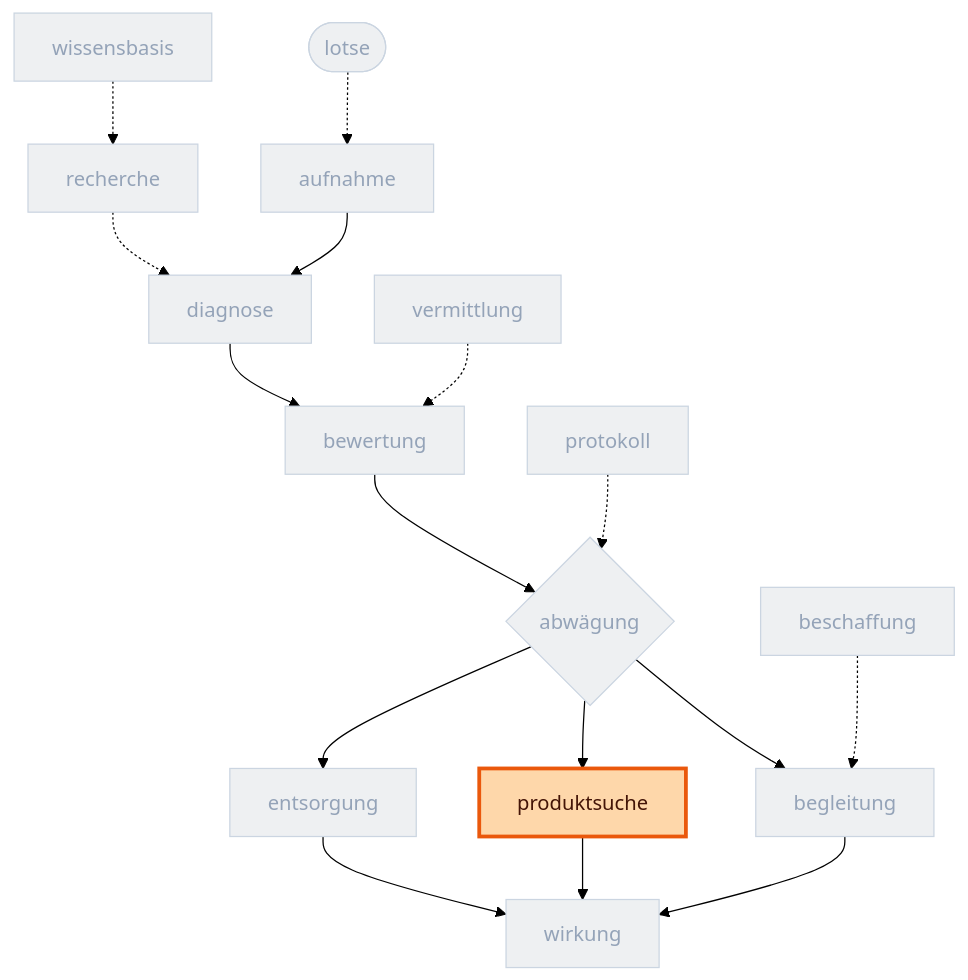
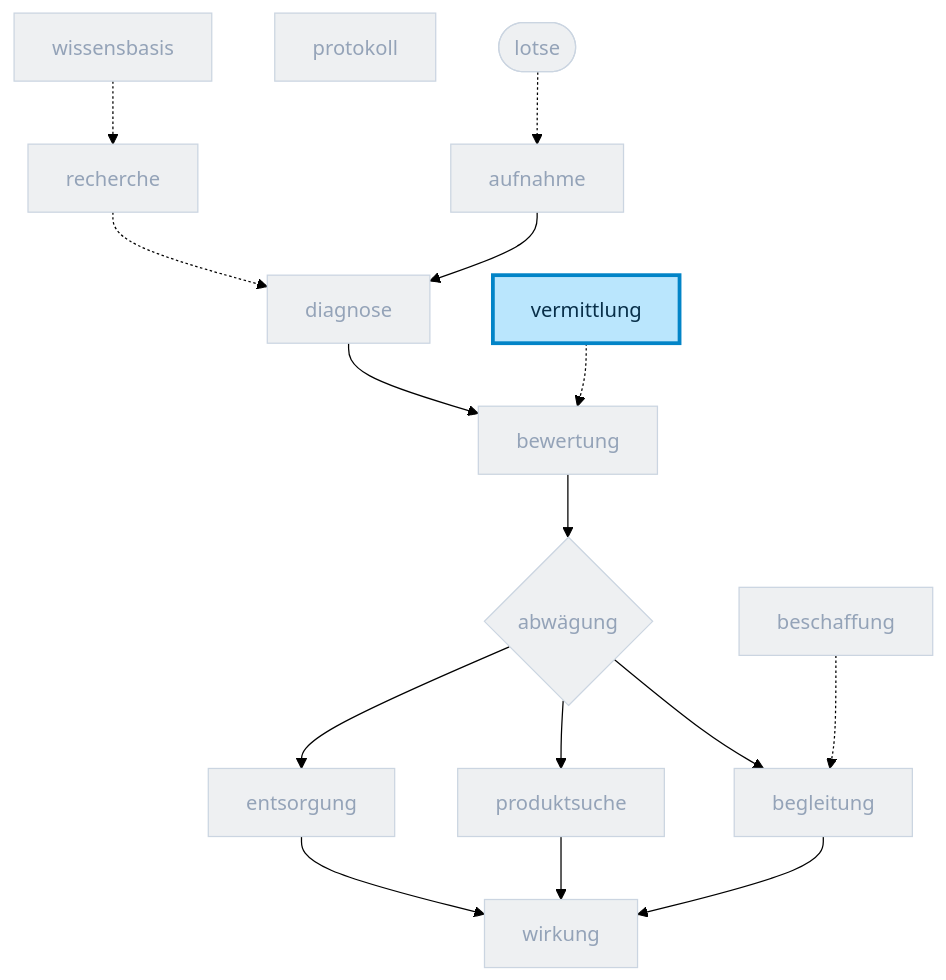
The ninth of 15 diagrams in docs/folien/runtime-roles.adoc (DigitaleOberlausitz/hackathon2026_RepairApp), drawn with Mermaid (forest theme) before and after one commit. The commit also changed other lines of this file and 2 other files, not shown here.

First line of the commit message:
docs(folien): Rollen-Folien narrativ (just-in-time) ordnen + schärfere Diagramme

```diff
--- a/docs/folien/runtime-roles.adoc
+++ b/docs/folien/runtime-roles.adoc
@@ -470,31 +491,30 @@
 [mermaid]
 ....
 flowchart TB
   classDef dim fill:#eef0f2,stroke:#cbd5e1,color:#94a3b8
-  classDef active fill:#fed7aa,stroke:#ea580c,stroke-width:3px,color:#431407
+  classDef active fill:#bae6fd,stroke:#0284c7,stroke-width:3px,color:#082f49
   lotse([lotse]):::dim
   aufnahme[aufnahme]:::dim
   diagnose[diagnose]:::dim
   bewertung[bewertung]:::dim
   abwaegung{abwägung}:::dim
   begleitung[begleitung]:::dim
   produktsuche[produktsuche]:::dim
   entsorgung[entsorgung]:::dim
   wirkung[wirkung]:::dim
   recherche[recherche]:::dim
   vermittlung[vermittlung]:::dim
   beschaffung[beschaffung]:::dim
   protokoll[protokoll]:::dim
   wissensbasis[wissensbasis]:::dim
   lotse -.-> aufnahme
   aufnahme --> diagnose --> bewertung --> abwaegung
   abwaegung --> begleitung --> wirkung
   abwaegung --> produktsuche --> wirkung
   abwaegung --> entsorgung --> wirkung
   recherche -.-> diagnose
   vermittlung -.-> bewertung
   beschaffung -.-> begleitung
-  protokoll -.-> abwaegung
   wissensbasis -.-> recherche
-  class produktsuche active
+  class vermittlung active
 ....
```
